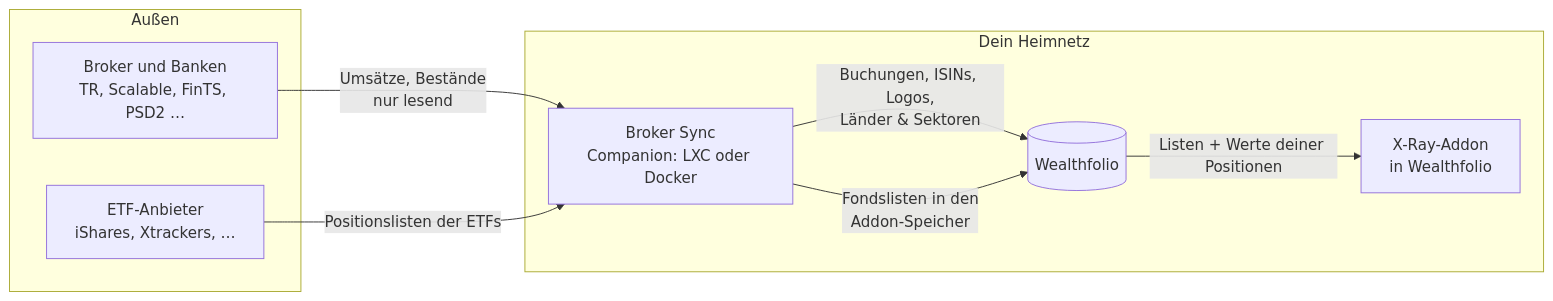
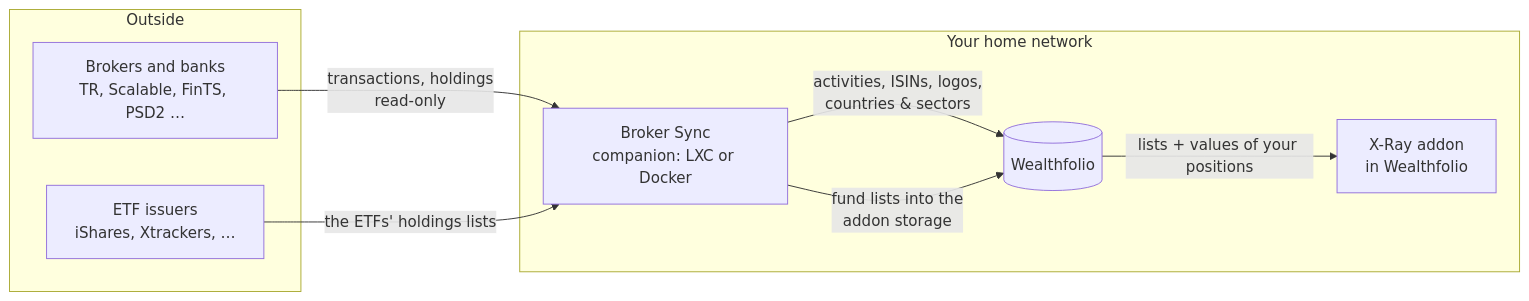
The diagram in README.md (waldonso2/Wealthfolio-broker-sync-service), drawn with Mermaid before and after one commit. The commit also changed other lines of this file and 2 other files, not shown here.

````diff
--- a/README.md
+++ b/README.md
@@ -12,17 +31,17 @@
 ```mermaid
 flowchart LR
-  subgraph außen[Außen]
-    B[Broker und Banken<br/>TR, Scalable, FinTS, PSD2 …]
-    A[ETF-Anbieter<br/>iShares, Xtrackers, …]
+  subgraph outside[Outside]
+    B[Brokers and banks<br/>TR, Scalable, FinTS, PSD2 …]
+    A[ETF issuers<br/>iShares, Xtrackers, …]
   end
-  subgraph heim[Dein Heimnetz]
-    C[Broker Sync<br/>Companion: LXC oder Docker]
+  subgraph home[Your home network]
+    C[Broker Sync<br/>companion: LXC or Docker]
     W[(Wealthfolio)]
-    X[X-Ray-Addon<br/>in Wealthfolio]
+    X[X-Ray addon<br/>in Wealthfolio]
   end
-  B -->|Umsätze, Bestände<br/>nur lesend| C
-  A -->|Positionslisten der ETFs| C
-  C -->|Buchungen, ISINs, Logos,<br/>Länder & Sektoren| W
-  C -->|Fondslisten in den<br/>Addon-Speicher| W
-  W -->|Listen + Werte deiner Positionen| X
+  B -->|transactions, holdings<br/>read-only| C
+  A -->|the ETFs' holdings lists| C
+  C -->|activities, ISINs, logos,<br/>countries & sectors| W
+  C -->|fund lists into the<br/>addon storage| W
+  W -->|lists + values of your positions| X
 ```
````
